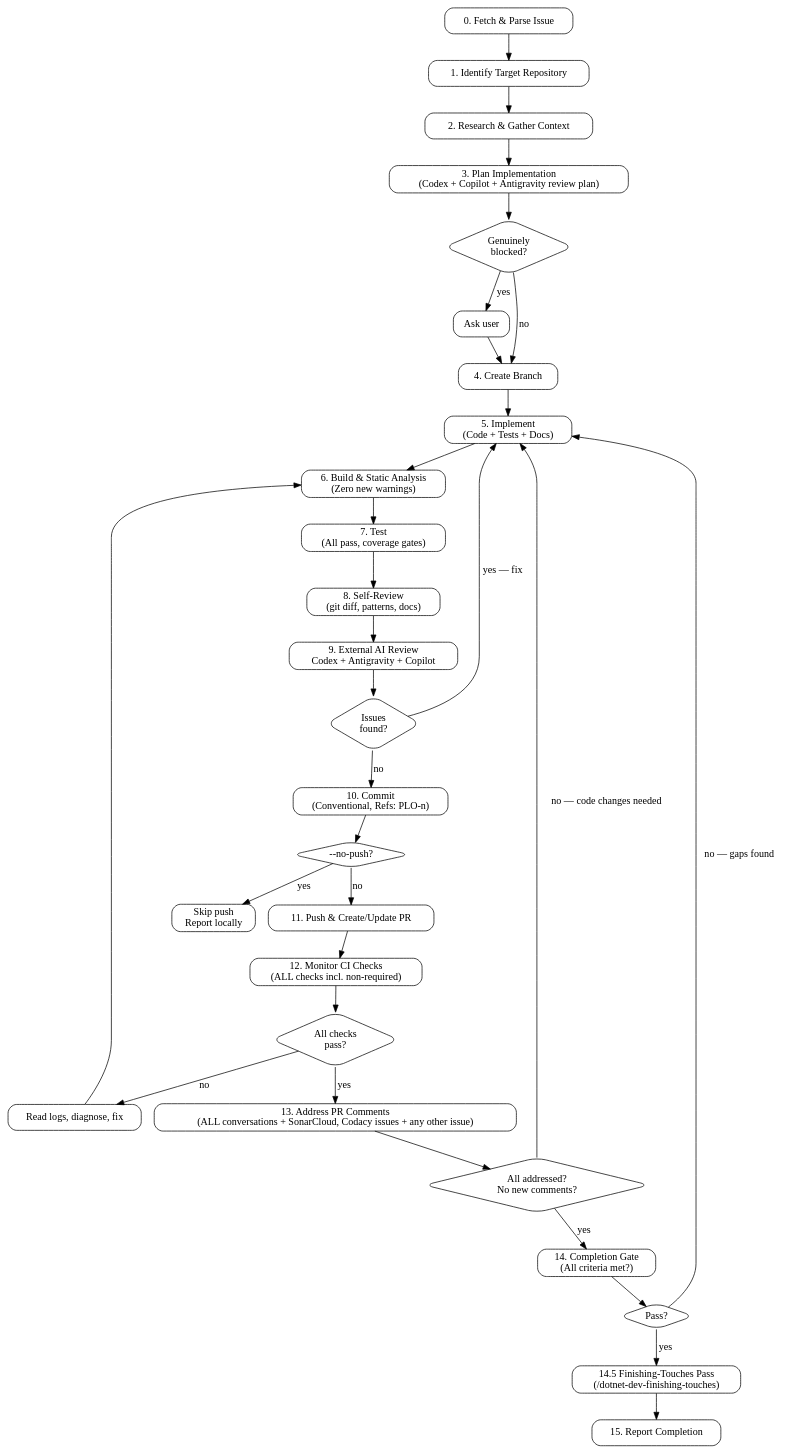
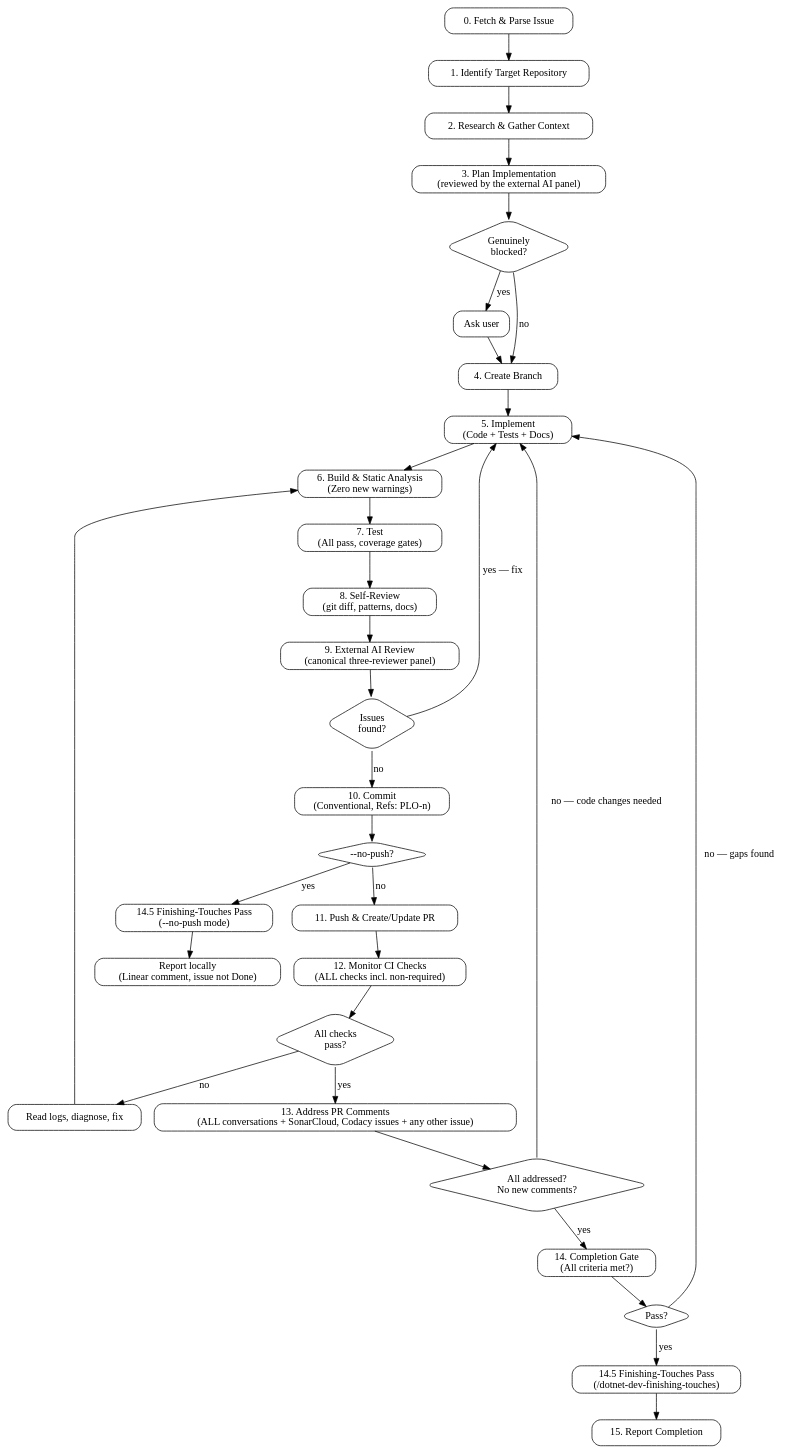
The diagram in .claude/skills/implement-issue/SKILL.md (mrploch/ploch-commandline), drawn with Graphviz before and after one commit. The commit also changed other lines of this file and 13 other files, not shown here.

````diff
--- a/.claude/skills/implement-issue/SKILL.md
+++ b/.claude/skills/implement-issue/SKILL.md
@@ -60,55 +60,57 @@
 ```dot
 digraph implement_issue {
     rankdir=TB;
     node [shape=box, style="rounded"];
 
     fetch [label="0. Fetch & Parse Issue"];
     repo [label="1. Identify Target Repository"];
     research [label="2. Research & Gather Context"];
-    plan [label="3. Plan Implementation\n(Codex + Copilot + Antigravity review plan)"];
+    plan [label="3. Plan Implementation\n(reviewed by the external AI panel)"];
     blocked [shape=diamond, label="Genuinely\nblocked?"];
     ask [label="Ask user"];
     branch [label="4. Create Branch"];
     implement [label="5. Implement\n(Code + Tests + Docs)"];
     build [label="6. Build & Static Analysis\n(Zero new warnings)"];
     test [label="7. Test\n(All pass, coverage gates)"];
     review [label="8. Self-Review\n(git diff, patterns, docs)"];
-    codex [label="9. External AI Review\nCodex + Antigravity + Copilot"];
+    codex [label="9. External AI Review\n(canonical three-reviewer panel)"];
     issues [shape=diamond, label="Issues\nfound?"];
     commit [label="10. Commit\n(Conventional, Refs: PLO-n)"];
     push_check [shape=diamond, label="--no-push?"];
     push [label="11. Push & Create/Update PR"];
     monitor [label="12. Monitor CI Checks\n(ALL checks incl. non-required)"];
     ci_ok [shape=diamond, label="All checks\npass?"];
     fix_ci [label="Read logs, diagnose, fix"];
     comments [label="13. Address PR Comments\n(ALL conversations + SonarCloud, Codacy issues + any other issue)"];
     comments_ok [shape=diamond, label="All addressed?\nNo new comments?"];
     gate [label="14. Completion Gate\n(All criteria met?)"];
     gate_ok [shape=diamond, label="Pass?"];
     finishing [label="14.5 Finishing-Touches Pass\n(/dotnet-dev-finishing-touches)"];
     report [label="15. Report Completion"];
-    skip_push [label="Skip push\nReport locally"];
+    finishing_local [label="14.5 Finishing-Touches Pass\n(--no-push mode)"];
+    skip_push [label="Report locally\n(Linear comment, issue not Done)"];
 
     fetch -> repo -> research -> plan -> blocked;
     blocked -> ask [label="yes"];
     blocked -> branch [label="no"];
     ask -> branch;
     branch -> implement -> build -> test -> review -> codex -> issues;
     issues -> implement [label="yes — fix"];
     issues -> commit [label="no"];
     commit -> push_check;
     push_check -> push [label="no"];
-    push_check -> skip_push [label="yes"];
+    push_check -> finishing_local [label="yes"];
+    finishing_local -> skip_push;
     push -> monitor -> ci_ok;
     ci_ok -> comments [label="yes"];
     ci_ok -> fix_ci [label="no"];
     fix_ci -> build;
     comments -> comments_ok;
     comments_ok -> gate [label="yes"];
     comments_ok -> implement [label="no — code changes needed"];
     gate -> gate_ok;
     gate_ok -> finishing [label="yes"];
     gate_ok -> implement [label="no — gaps found"];
     finishing -> report;
 }
 ```
````
